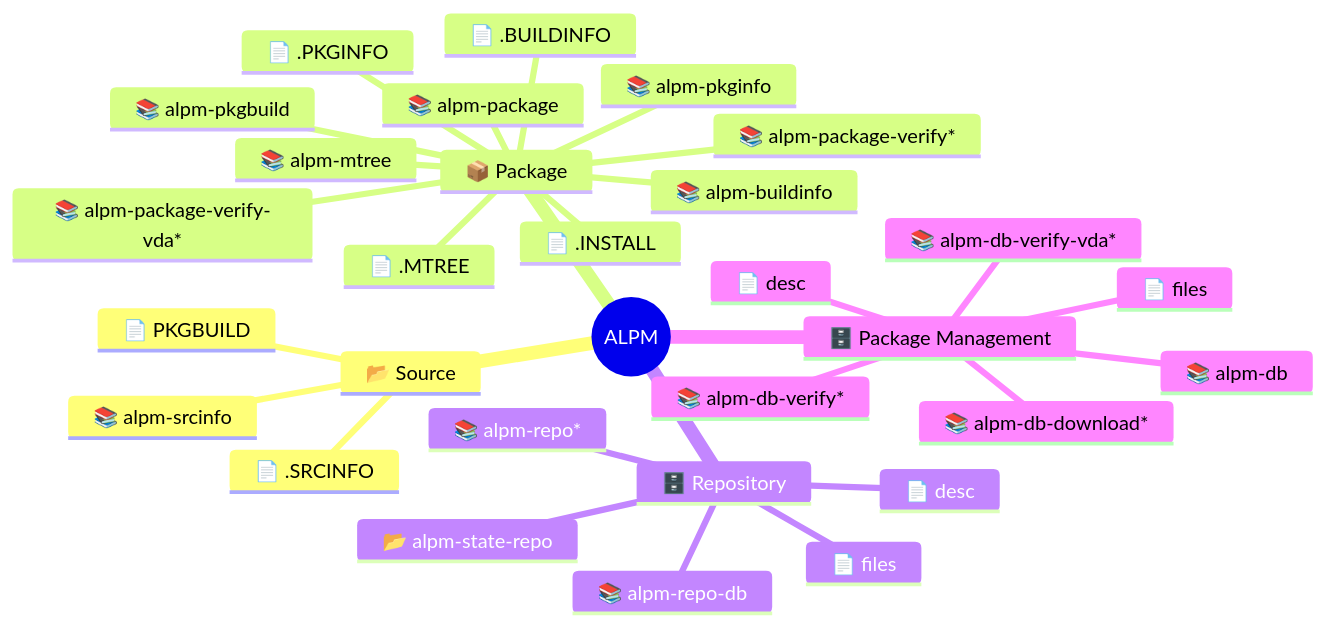
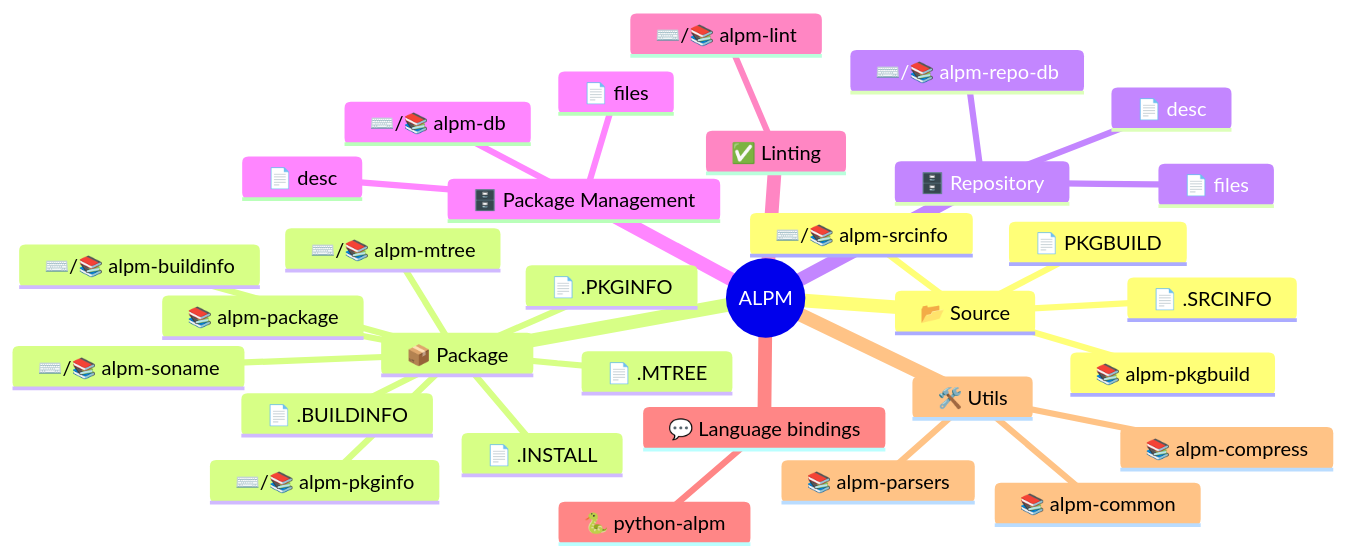
One commit to archlinux/alpm changed the diagram in README.md. Above: the diagram before and after it, drawn with Mermaid. The commit also changed other lines of this file, not shown here.

Commit message:
docs(README): Consolidate mindmap and add missing components
Add all currently used components to the mindmap and list of components.

````diff
--- a/README.md
+++ b/README.md
@@ -25,33 +25,35 @@
 ```mermaid
 mindmap
   root((ALPM))
     📂 Source
       📄 PKGBUILD
       📄 .SRCINFO
-      📚️ alpm-srcinfo
+      📚️ alpm-pkgbuild
+      ⌨️/📚️ alpm-srcinfo
     📦 Package
       📄 .BUILDINFO
-      📄 .PKGINFO
       📄 .INSTALL
       📄 .MTREE
-      📚️ alpm-buildinfo
-      📚️ alpm-pkgbuild
-      📚️ alpm-pkginfo
-      📚️ alpm-mtree
+      📄 .PKGINFO
+      ⌨️/📚️ alpm-buildinfo
+      ⌨️/📚️ alpm-mtree
       📚️ alpm-package
-      📚️ alpm-package-verify*
-      📚️ alpm-package-verify-vda*
+      ⌨️/📚️ alpm-pkginfo
+      ⌨️/📚️ alpm-soname
     🗄️ Repository
       📄 desc
       📄 files
-      📚️ alpm-repo*
-      📚️ alpm-repo-db
-      📂 alpm-state-repo
+      ⌨️/📚️ alpm-repo-db
     🗄️ Package Management
       📄 desc
       📄 files
-      📚️ alpm-db
-      📚️ alpm-db-download*
-      📚️ alpm-db-verify*
-      📚️ alpm-db-verify-vda*
+      ⌨️/📚️ alpm-db
+    ✅️ Linting
+      ⌨️/📚️ alpm-lint
+    💬 Language bindings
+      🐍 python-alpm
+    🛠️ Utils
+      📚️ alpm-common
+      📚️ alpm-compress
+      📚️ alpm-parsers
 ```
````
